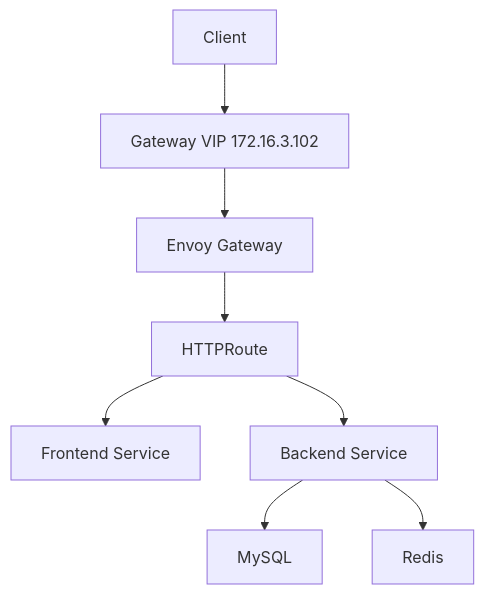
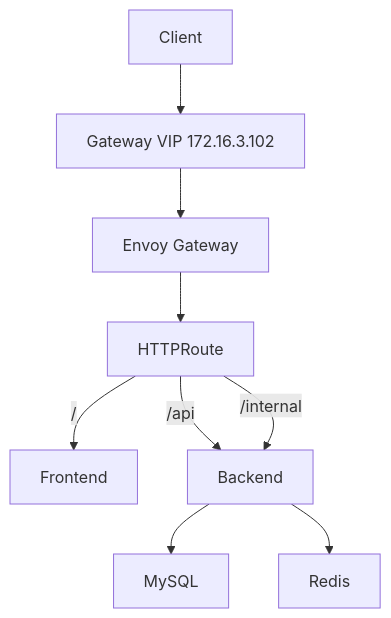
One commit to ahmed-sayed-devops/microservices-platform-gitops changed diagram 14 of 16 in docs/03-gateway-api/README.md. Above: the diagram before and after it, drawn with Mermaid. The commit also changed other lines of this file, not shown here.

Commit message:
docs: improve Gateway API diagrams

````diff
--- a/docs/03-gateway-api/README.md
+++ b/docs/03-gateway-api/README.md
@@ -864,19 +887,23 @@
 ```mermaid
 graph TD
     Client[Client]
-    Gateway[Gateway VIP 172.16.3.102]
+    GatewayVIP[Gateway VIP 172.16.3.102]
     Envoy[Envoy Gateway]
-    Route[HTTPRoute]
-    Frontend[Frontend Service]
-    Backend[Backend Service]
-    Database[MySQL]
-    Cache[Redis]
+    HTTPRoute[HTTPRoute]
 
-    Client --> Gateway
-    Gateway --> Envoy
-    Envoy --> Route
-    Route --> Frontend
-    Route --> Backend
-    Backend --> Database
-    Backend --> Cache
+    Frontend[Frontend]
+    Backend[Backend]
+    MySQL[MySQL]
+    Redis[Redis]
+
+    Client --> GatewayVIP
+    GatewayVIP --> Envoy
+    Envoy --> HTTPRoute
+
+    HTTPRoute -->|/| Frontend
+    HTTPRoute -->|/api| Backend
+    HTTPRoute -->|/internal| Backend
+
+    Backend --> MySQL
+    Backend --> Redis
 ```
````
